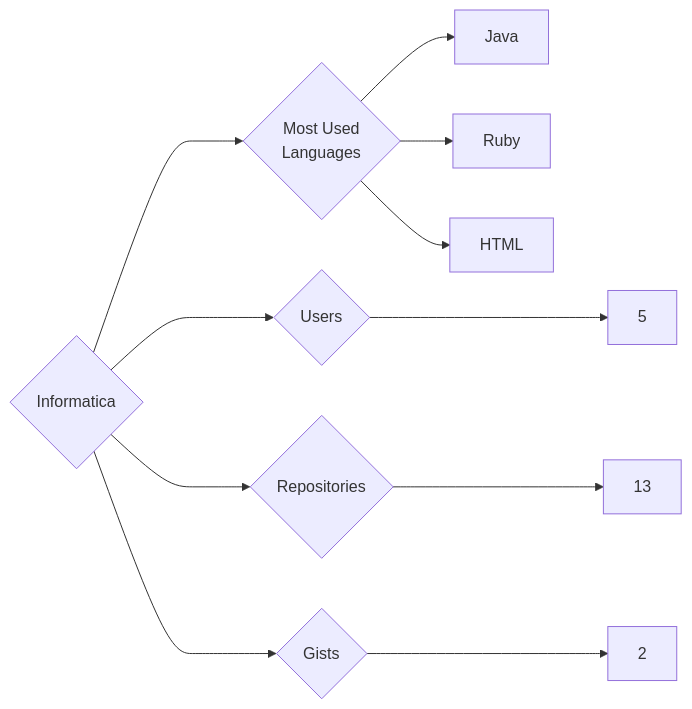
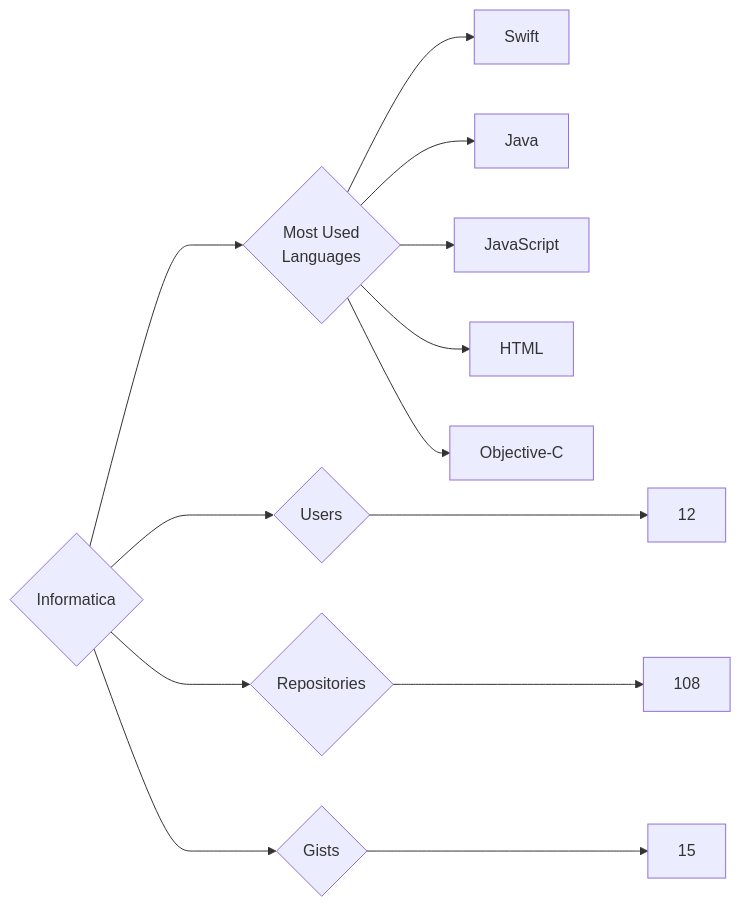
Before and after one commit to trickest/insiders: the diagram in targets/Informatica/README.md, drawn with Mermaid. The commit also changed 1092 other files, not shown here.

````diff
--- a/targets/Informatica/README.md
+++ b/targets/Informatica/README.md
@@ -3,11 +3,13 @@
 ```mermaid
 graph LR
 COMPANY_NAME{Informatica}
-COMPANY_NAME ---> U{Users} ---> UN[5]
-COMPANY_NAME ---> R{Repositories} ---> RN[13]
-COMPANY_NAME ---> G{Gists} ---> GN[2]
+COMPANY_NAME ---> U{Users} ---> UN[12]
+COMPANY_NAME ---> R{Repositories} ---> RN[108]
+COMPANY_NAME ---> G{Gists} ---> GN[15]
 COMPANY_NAME ---> ML{Most Used<br>Languages}
+ML --> Swift[Swift]
 ML --> Java[Java]
-ML --> Ruby[Ruby]
+ML --> JavaScript[JavaScript]
 ML --> HTML[HTML]
+ML --> Objective-C[Objective-C]
 ```
````
